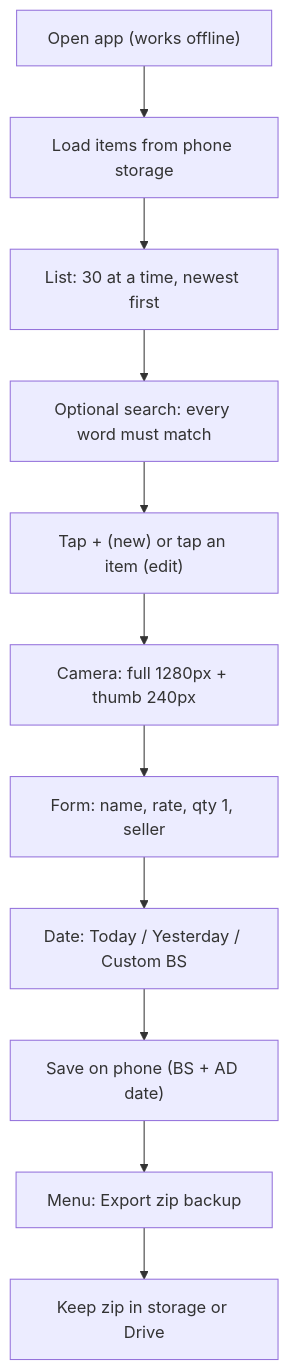
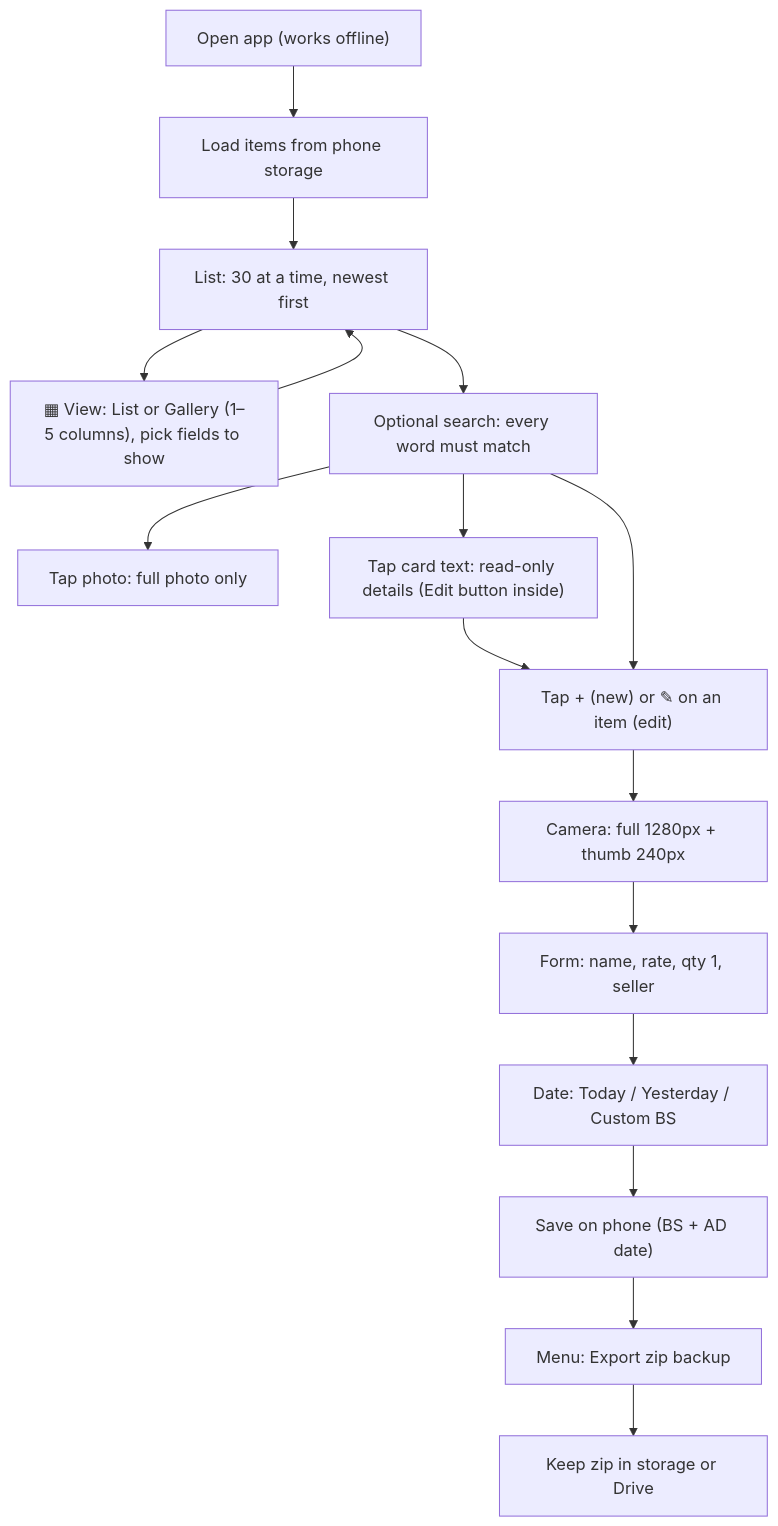
Before and after one commit to bibek-maharjan/purchases-app: the diagram in purchases-flow.mmd, drawn with Mermaid. The commit also changed 5 other files, not shown here.

Commit message:
Add list/gallery views, read-only details, edit icon

```diff
--- a/purchases-flow.mmd
+++ b/purchases-flow.mmd
@@ -1,11 +1,16 @@
 flowchart TD
     A["Open app (works offline)"] --> B["Load items from phone storage"]
     B --> C["List: 30 at a time, newest first"]
+    C --> V["▦ View: List or Gallery (1–5 columns), pick fields to show"]
+    V --> C
     C --> D["Optional search: every word must match"]
-    D --> E["Tap + (new) or tap an item (edit)"]
+    D --> P["Tap photo: full photo only"]
+    D --> R["Tap card text: read-only details (Edit button inside)"]
+    R --> E
+    D --> E["Tap + (new) or ✎ on an item (edit)"]
     E --> F["Camera: full 1280px + thumb 240px"]
     F --> G["Form: name, rate, qty 1, seller"]
     G --> H["Date: Today / Yesterday / Custom BS"]
     H --> I["Save on phone (BS + AD date)"]
     I --> J["Menu: Export zip backup"]
     J --> K["Keep zip in storage or Drive"]
```
